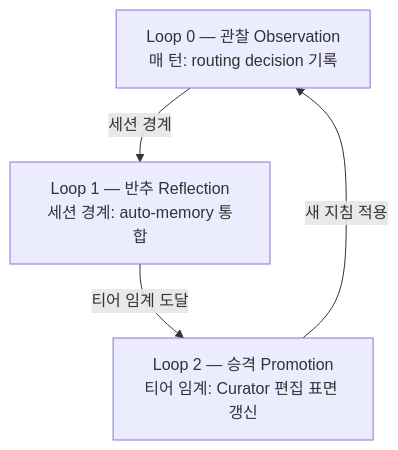
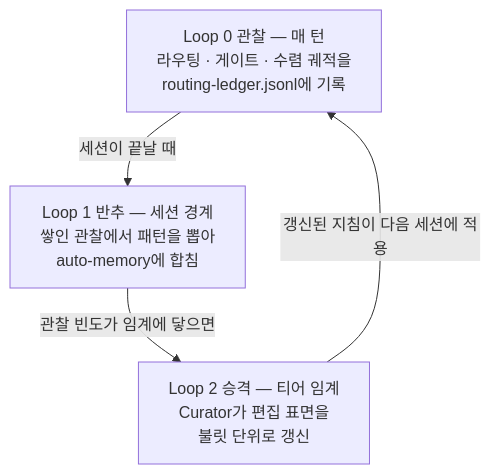
Before and after one commit to modu-ai/moai-adk: the first of 2 diagrams in docs-site/content/ko/advanced/self-evolving.md, drawn with Mermaid. The commit also changed other lines of this file and 14 other files, not shown here.

````diff
--- a/docs-site/content/ko/advanced/self-evolving.md
+++ b/docs-site/content/ko/advanced/self-evolving.md
@@ -27,10 +33,10 @@
 ```mermaid
 flowchart TD
-    L0["Loop 0 — 관찰 Observation<br/>매 턴: routing decision 기록"]
-    L1["Loop 1 — 반추 Reflection<br/>세션 경계: auto-memory 통합"]
-    L2["Loop 2 — 승격 Promotion<br/>티어 임계: Curator 편집 표면 갱신"]
+    L0["Loop 0 관찰 — 매 턴<br/>라우팅 · 게이트 · 수렴 궤적을<br/>routing-ledger.jsonl에 기록"]
+    L1["Loop 1 반추 — 세션 경계<br/>쌓인 관찰에서 패턴을 뽑아<br/>auto-memory에 합침"]
+    L2["Loop 2 승격 — 티어 임계<br/>Curator가 편집 표면을<br/>불릿 단위로 갱신"]
 
-    L0 -->|세션 경계| L1
-    L1 -->|티어 임계 도달| L2
-    L2 -->|새 지침 적용| L0
+    L0 -->|세션이 끝날 때| L1
+    L1 -->|관찰 빈도가 임계에 닿으면| L2
+    L2 -->|갱신된 지침이 다음 세션에 적용| L0
 ```
````
